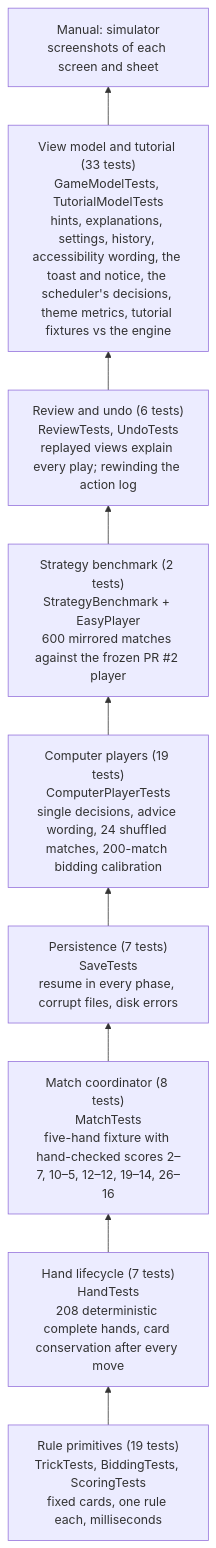
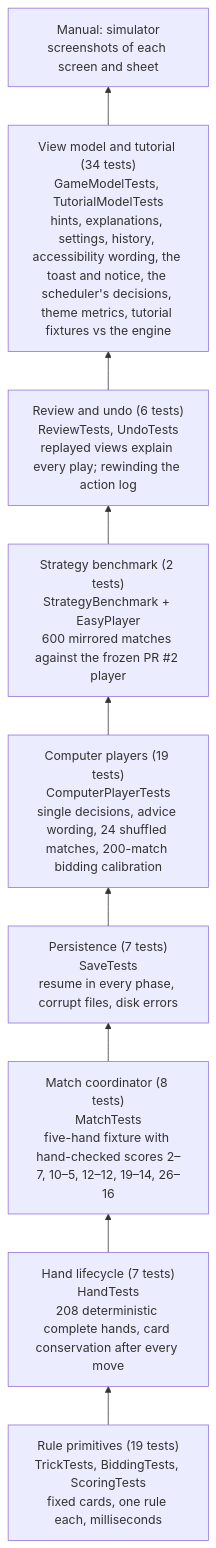
Before and after one commit to cmurphy1140/catch-5: the first of 2 diagrams in docs/testing.md, drawn with Mermaid. The commit also changed other lines of this file and 11 other files, not shown here.

````diff
--- a/docs/testing.md
+++ b/docs/testing.md
@@ -40,13 +40,13 @@
 ```mermaid
 flowchart BT
     L1["Rule primitives (19 tests)<br/>TrickTests, BiddingTests, ScoringTests<br/>fixed cards, one rule each, milliseconds"]
     L2["Hand lifecycle (7 tests)<br/>HandTests<br/>208 deterministic complete hands, card conservation after every move"]
     L3["Match coordinator (8 tests)<br/>MatchTests<br/>five-hand fixture with hand-checked scores 2–7, 10–5, 12–12, 19–14, 26–16"]
     L4["Persistence (7 tests)<br/>SaveTests<br/>resume in every phase, corrupt files, disk errors"]
     L5["Computer players (19 tests)<br/>ComputerPlayerTests<br/>single decisions, advice wording, 24 shuffled matches, 200-match bidding calibration"]
     L5b["Strategy benchmark (2 tests)<br/>StrategyBenchmark + EasyPlayer<br/>600 mirrored matches against the frozen PR #2 player"]
     L5c["Review and undo (6 tests)<br/>ReviewTests, UndoTests<br/>replayed views explain every play; rewinding the action log"]
-    L6["View model and tutorial (33 tests)<br/>GameModelTests, TutorialModelTests<br/>hints, explanations, settings, history, accessibility wording, the toast and notice, the scheduler's decisions, theme metrics, tutorial fixtures vs the engine"]
+    L6["View model and tutorial (34 tests)<br/>GameModelTests, TutorialModelTests<br/>hints, explanations, settings, history, accessibility wording, the toast and notice, the scheduler's decisions, theme metrics, tutorial fixtures vs the engine"]
     L7["Manual: simulator<br/>screenshots of each screen and sheet"]
     L1 --> L2 --> L3 --> L4 --> L5 --> L5b --> L5c --> L6 --> L7
 ```
````
